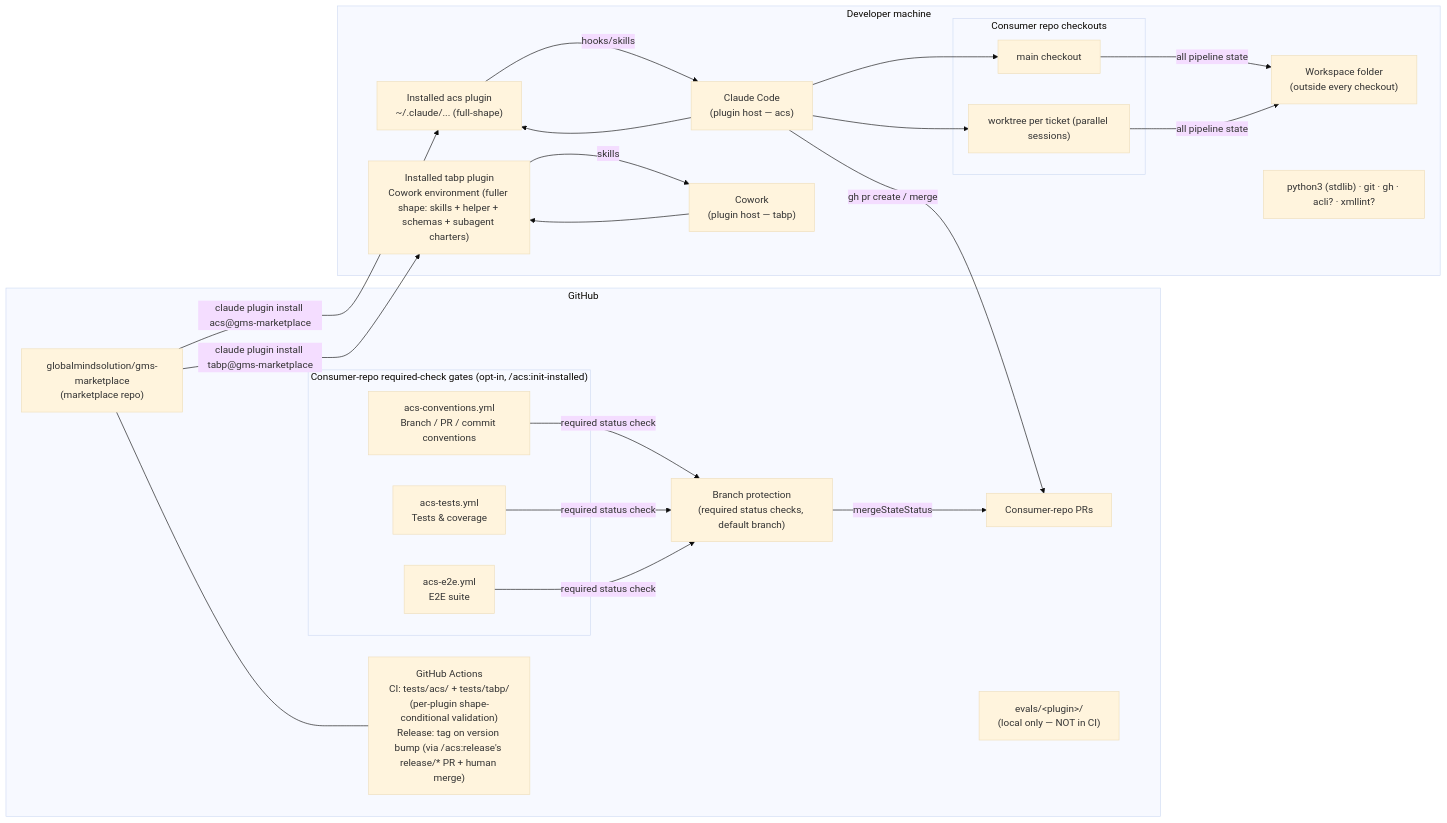
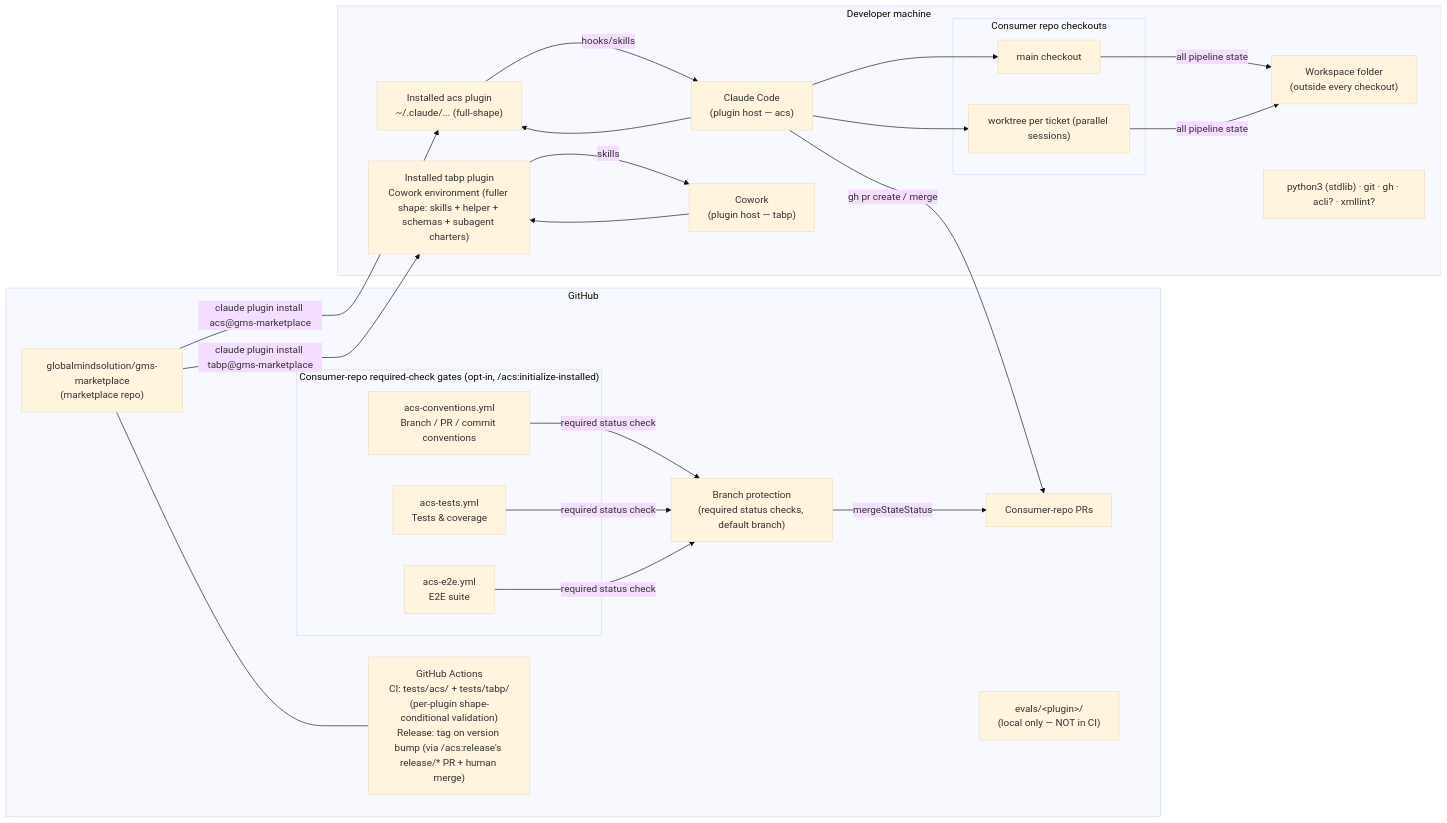
Before and after one commit to globalmindsolution/gms-marketplace: the diagram in docs/architecture/hld/deployment.md, drawn with Mermaid (base theme). The commit also changed other lines of this file and 89 other files, not shown here.

First line of the commit message:
[#347] Rename the /acs:init skill to /acs:initialize (#348)

````diff
--- a/docs/architecture/hld/deployment.md
+++ b/docs/architecture/hld/deployment.md
@@ -3,41 +3,41 @@
 ```mermaid
 flowchart LR
     subgraph github["GitHub"]
         MR["globalmindsolution/gms-marketplace<br/>(marketplace repo)"]
         ACT["GitHub Actions<br/>CI: tests/acs/ + tests/tabp/<br/>(per-plugin shape-conditional validation)<br/>Release: tag on version bump (via /acs:release's release/* PR + human merge)"]
         PRS["Consumer-repo PRs"]
         EVALS["evals/&lt;plugin&gt;/<br/>(local only — NOT in CI)"]
-        subgraph gates["Consumer-repo required-check gates (opt-in, /acs:init-installed)"]
+        subgraph gates["Consumer-repo required-check gates (opt-in, /acs:initialize-installed)"]
             G_CONV["acs-conventions.yml<br/>Branch / PR / commit conventions"]
             G_TEST["acs-tests.yml<br/>Tests & coverage"]
             G_E2E["acs-e2e.yml<br/>E2E suite"]
         end
         BP["Branch protection<br/>(required status checks, default branch)"]
     end
 
     subgraph machine["Developer machine"]
         CC["Claude Code<br/>(plugin host — acs)"]
         CW["Cowork<br/>(plugin host — tabp)"]
         PI_ACS["Installed acs plugin<br/>~/.claude/... (full-shape)"]
         PI_TABP["Installed tabp plugin<br/>Cowork environment (fuller shape: skills + helper + schemas + subagent charters)"]
         subgraph checkouts["Consumer repo checkouts"]
             CO1["main checkout"]
             CO2["worktree per ticket (parallel sessions)"]
         end
         WS["Workspace folder<br/>(outside every checkout)"]
         PY["python3 (stdlib) · git · gh · acli? · xmllint?"]
     end
 
     MR -- "claude plugin install acs@gms-marketplace" --> PI_ACS
     MR -- "claude plugin install tabp@gms-marketplace" --> PI_TABP
     MR --- ACT
     CC --> PI_ACS
     PI_ACS -- hooks/skills --> CC
     CW --> PI_TABP
     PI_TABP -- skills --> CW
     CC --> CO1 & CO2
     CO1 & CO2 -- "all pipeline state" --> WS
     CC -- "gh pr create / merge" --> PRS
     G_CONV & G_TEST & G_E2E -- "required status check" --> BP
     BP -- "mergeStateStatus" --> PRS
 ```
````
